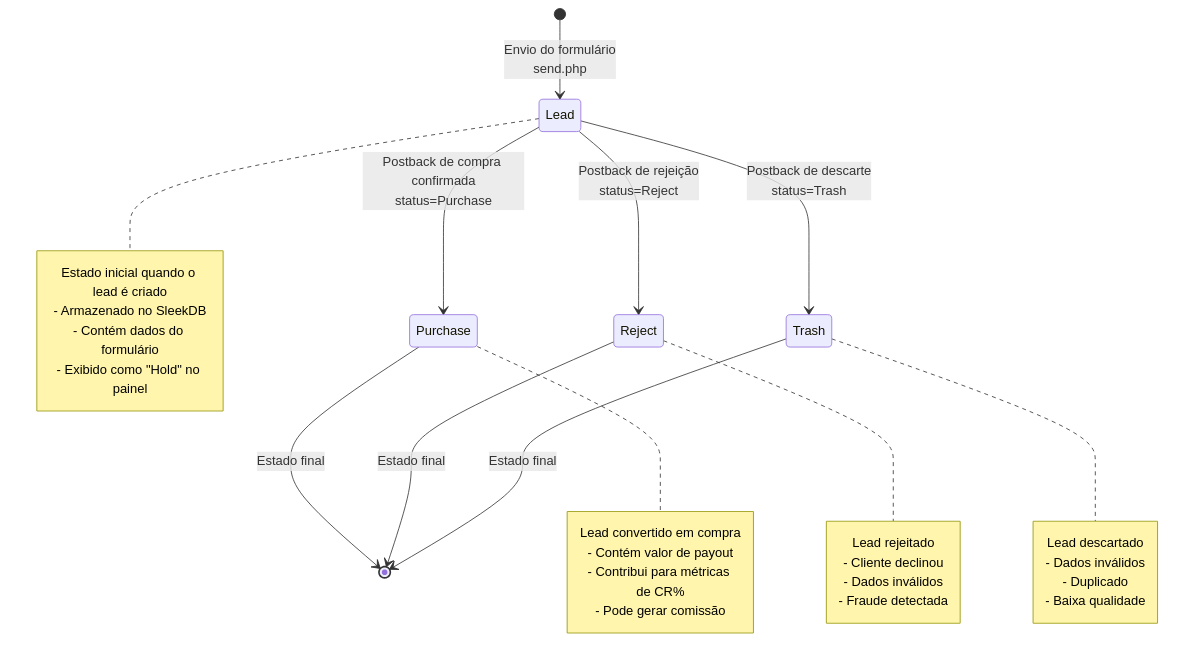
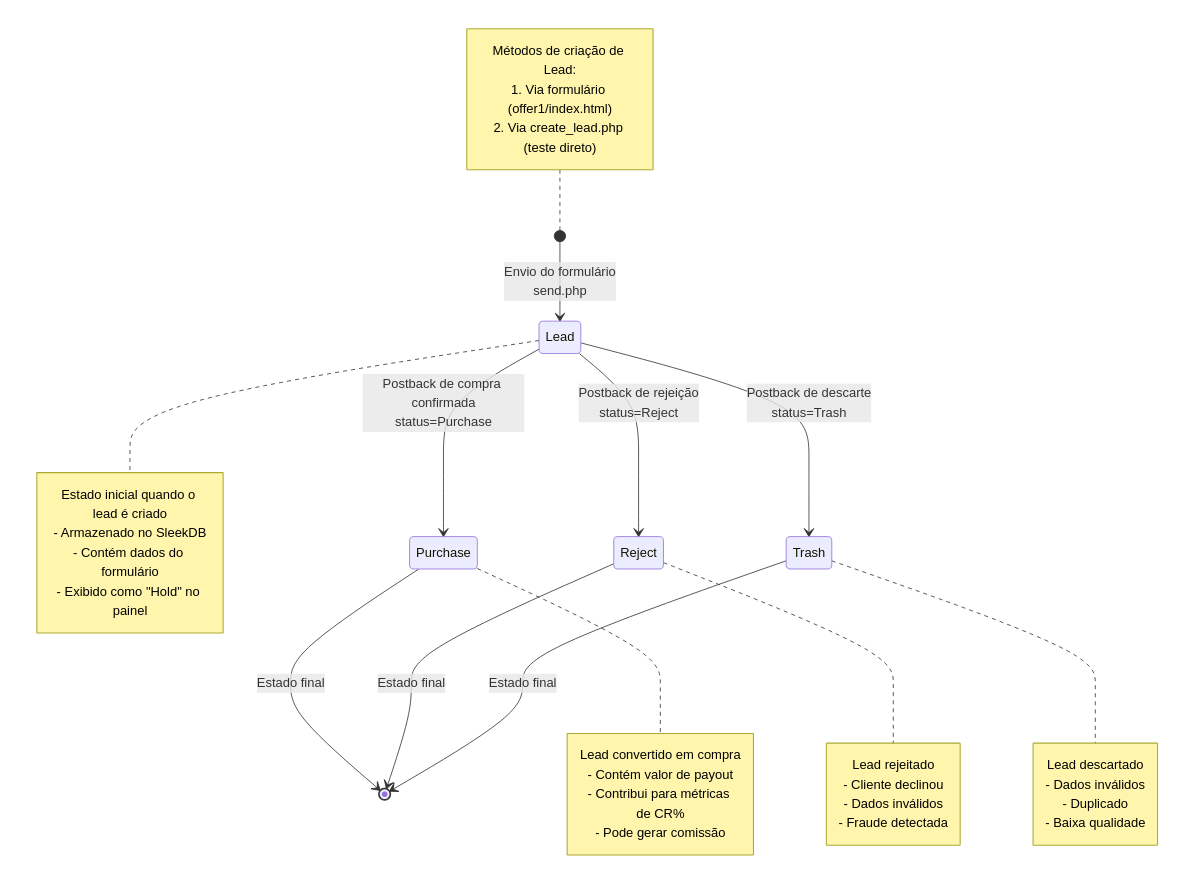
One commit to alexalxs/YCP changed the diagram in docs/lead-status-flow.md. Above: the diagram before and after it, drawn with Mermaid. The commit also changed other lines of this file and 6 other files, not shown here.

````diff
--- a/docs/lead-status-flow.md
+++ b/docs/lead-status-flow.md
@@ -6,40 +6,46 @@
 ```mermaid
 stateDiagram-v2
     [*] --> Lead: Envio do formulário<br/>send.php
     
     Lead --> Purchase: Postback de compra confirmada<br/>status=Purchase
     Lead --> Reject: Postback de rejeição<br/>status=Reject
     Lead --> Trash: Postback de descarte<br/>status=Trash
     
     Purchase --> [*]: Estado final
     Reject --> [*]: Estado final
     Trash --> [*]: Estado final
+    
+    note left of [*]
+        Métodos de criação de Lead:
+        1. Via formulário (offer1/index.html)
+        2. Via create_lead.php (teste direto)
+    end note
     
     note right of Lead
         Estado inicial quando o lead é criado
         - Armazenado no SleekDB
         - Contém dados do formulário
         - Exibido como "Hold" no painel
     end note
     
     note right of Purchase
         Lead convertido em compra
         - Contém valor de payout
         - Contribui para métricas de CR%
         - Pode gerar comissão
     end note
     
     note right of Reject
         Lead rejeitado
         - Cliente declinou
         - Dados inválidos
         - Fraude detectada
     end note
     
     note right of Trash
         Lead descartado
         - Dados inválidos
         - Duplicado
         - Baixa qualidade
     end note
 ```
````
